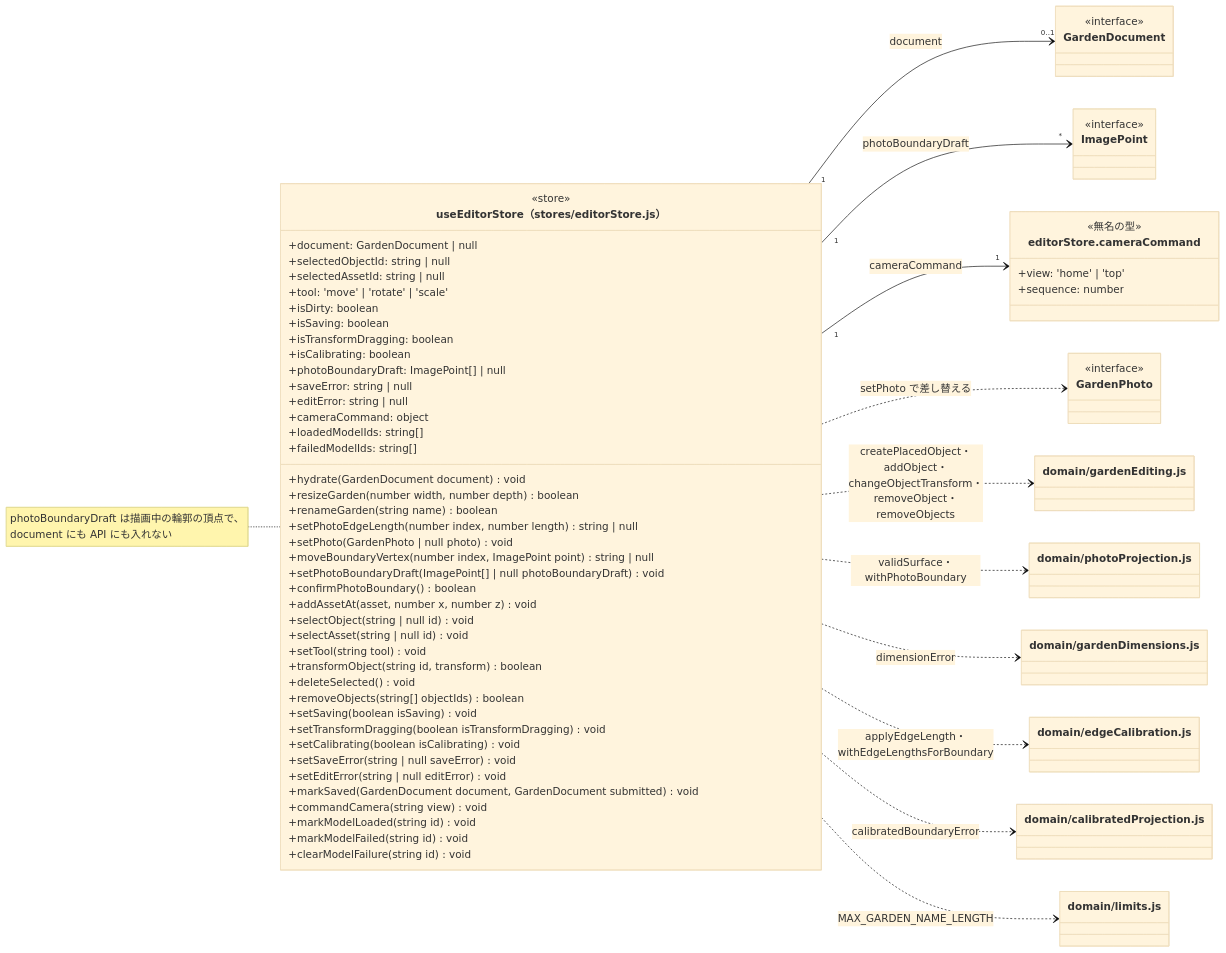
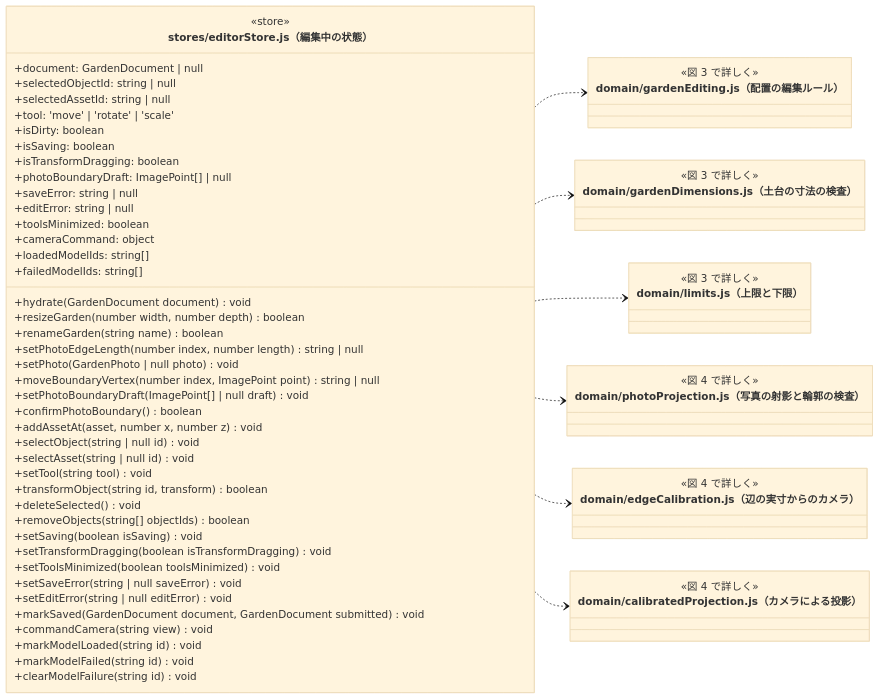
One commit to abeouga/kusakari-document changed the second of 8 diagrams in クラス図/kusakari-canvas/04_GardenDocumentと画面の状態.md. Above: the diagram before and after it, drawn with Mermaid (base theme). The commit also changed other lines of this file and 40 other files, not shown here.

Commit message:
Canvas のクラス図に全体図を足し、詳細図をデータとモジュールの図に分けて書き直す

````diff
--- a/クラス図/kusakari-canvas/04_GardenDocumentと画面の状態.md
+++ b/クラス図/kusakari-canvas/04_GardenDocumentと画面の状態.md
@@ -275,74 +211,72 @@
 ```mermaid
 classDiagram
     direction LR
-    class editorStore["useEditorStore（stores/editorStore.js）"] {
+
+    class editorStore["stores/editorStore.js（編集中の状態）"] {
         <<store>>
         +document: GardenDocument | null
         +selectedObjectId: string | null
         +selectedAssetId: string | null
         +tool: 'move' | 'rotate' | 'scale'
         +isDirty: boolean
         +isSaving: boolean
         +isTransformDragging: boolean
-        +isCalibrating: boolean
         +photoBoundaryDraft: ImagePoint[] | null
         +saveError: string | null
         +editError: string | null
+        +toolsMinimized: boolean
         +cameraCommand: object
         +loadedModelIds: string[]
         +failedModelIds: string[]
         +hydrate(GardenDocument document) void
         +resizeGarden(number width, number depth) boolean
         +renameGarden(string name) boolean
         +setPhotoEdgeLength(number index, number length) string | null
         +setPhoto(GardenPhoto | null photo) void
         +moveBoundaryVertex(number index, ImagePoint point) string | null
-        +setPhotoBoundaryDraft(ImagePoint[] | null photoBoundaryDraft) void
+        +setPhotoBoundaryDraft(ImagePoint[] | null draft) void
         +confirmPhotoBoundary() boolean
         +addAssetAt(asset, number x, number z) void
         +selectObject(string | null id) void
         +selectAsset(string | null id) void
         +setTool(string tool) void
         +transformObject(string id, transform) boolean
         +deleteSelected() void
         +removeObjects(string[] objectIds) boolean
         +setSaving(boolean isSaving) void
         +setTransformDragging(boolean isTransformDragging) void
-        +setCalibrating(boolean isCalibrating) void
+        +setToolsMinimized(boolean toolsMinimized) void
         +setSaveError(string | null saveError) void
         +setEditError(string | null editError) void
         +markSaved(GardenDocument document, GardenDocument submitted) void
         +commandCamera(string view) void
         +markModelLoaded(string id) void
         +markModelFailed(string id) void
         +clearModelFailure(string id) void
     }
-    class CameraCommand["editorStore.cameraCommand"] {
-        <<無名の型>>
-        +view: 'home' | 'top'
-        +sequence: number
+    class gardenEditing["domain/gardenEditing.js（配置の編集ルール）"] {
+        <<図 3 で詳しく>>
     }
-    class GardenDocument
-    <<interface>> GardenDocument
-    class GardenPhoto
-    <<interface>> GardenPhoto
-    class ImagePoint
-    <<interface>> ImagePoint
-    class gardenEditing["domain/gardenEditing.js"]
-    class photoProjection["domain/photoProjection.js"]
-    class gardenDimensions["domain/gardenDimensions.js"]
-    class edgeCalibration["domain/edgeCalibration.js"]
-    class calibratedProjection["domain/calibratedProjection.js"]
-    class limits["domain/limits.js"]
-    editorStore "1" --> "0..1" GardenDocument : document
-    editorStore "1" --> "*" ImagePoint : photoBoundaryDraft
-    editorStore "1" --> "1" CameraCommand : cameraCommand
-    editorStore ..> GardenPhoto : setPhoto で差し替える
-    editorStore ..> gardenEditing : createPlacedObject・addObject・<br/>changeObjectTransform・<br/>removeObject・removeObjects
-    editorStore ..> photoProjection : validSurface・withPhotoBoundary
-    editorStore ..> gardenDimensions : dimensionError
-    editorStore ..> edgeCalibration : applyEdgeLength・<br/>withEdgeLengthsForBoundary
-    editorStore ..> calibratedProjection : calibratedBoundaryError
-    editorStore ..> limits : MAX_GARDEN_NAME_LENGTH
-    note for editorStore "photoBoundaryDraft は描画中の輪郭の頂点で、<br/>document にも API にも入れない"
+    class gardenDimensions["domain/gardenDimensions.js（土台の寸法の検査）"] {
+        <<図 3 で詳しく>>
+    }
+    class limits["domain/limits.js（上限と下限）"] {
+        <<図 3 で詳しく>>
+    }
+    class photoProjection["domain/photoProjection.js（写真の射影と輪郭の検査）"] {
+        <<図 4 で詳しく>>
+    }
+    class edgeCalibration["domain/edgeCalibration.js（辺の実寸からのカメラ）"] {
+        <<図 4 で詳しく>>
+    }
+    class calibratedProjection["domain/calibratedProjection.js（カメラによる投影）"] {
+        <<図 4 で詳しく>>
+    }
+
+    editorStore ..> gardenEditing
+    editorStore ..> gardenDimensions
+    editorStore ..> limits
+    editorStore ..> photoProjection
+    editorStore ..> edgeCalibration
+    editorStore ..> calibratedProjection
 ```
````
